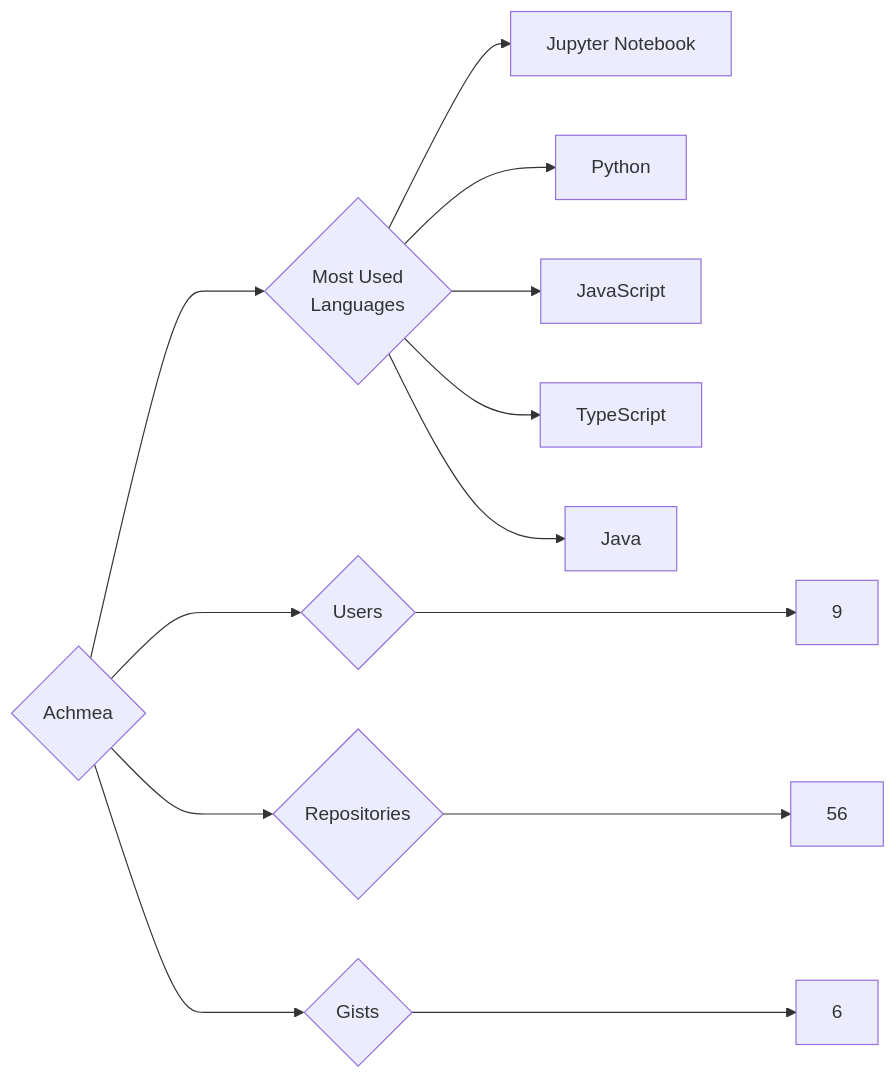
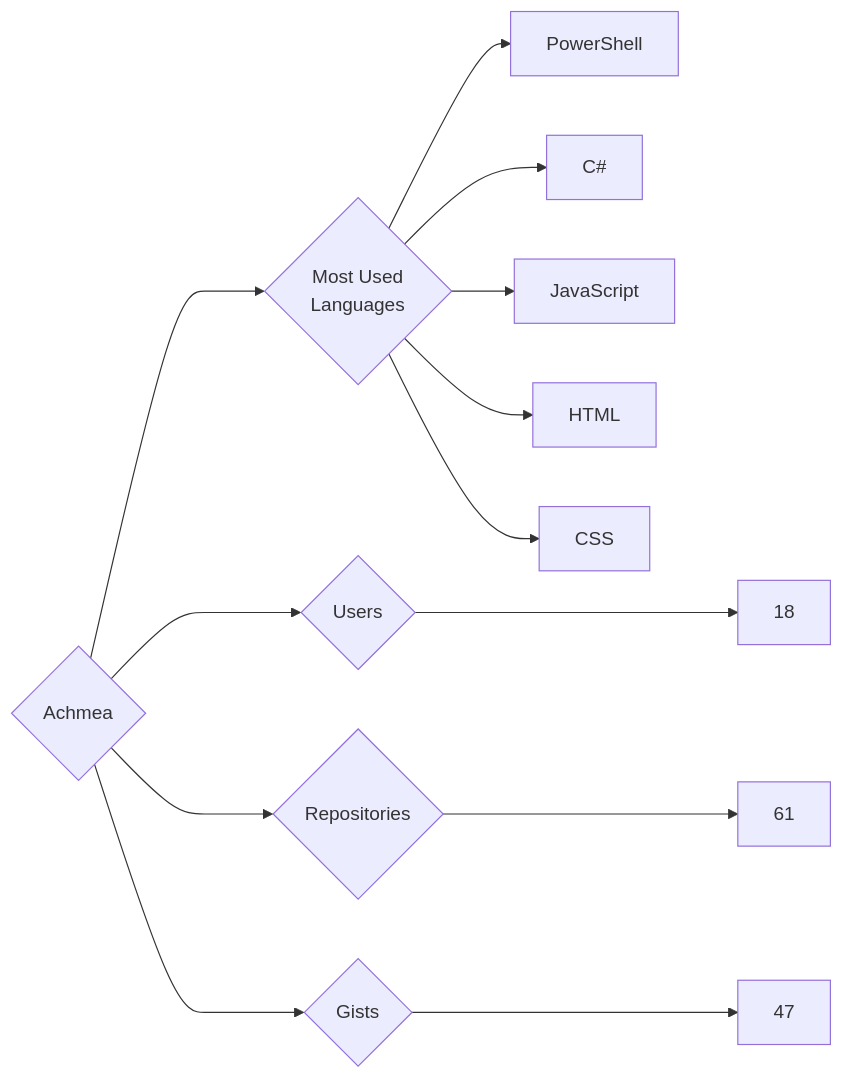
One commit to trickest/insiders changed the diagram in targets/Achmea/README.md. Above: the diagram before and after it, drawn with Mermaid. The commit also changed 681 other files, not shown here.

````diff
--- a/targets/Achmea/README.md
+++ b/targets/Achmea/README.md
@@ -3,13 +3,13 @@
 ```mermaid
 graph LR
 COMPANY_NAME{Achmea}
-COMPANY_NAME ---> U{Users} ---> UN[9]
-COMPANY_NAME ---> R{Repositories} ---> RN[56]
-COMPANY_NAME ---> G{Gists} ---> GN[6]
+COMPANY_NAME ---> U{Users} ---> UN[18]
+COMPANY_NAME ---> R{Repositories} ---> RN[61]
+COMPANY_NAME ---> G{Gists} ---> GN[47]
 COMPANY_NAME ---> ML{Most Used<br>Languages}
-ML --> Jupyter_Notebook[Jupyter Notebook]
-ML --> Python[Python]
+ML --> PowerShell[PowerShell]
+ML --> C#[C#]
 ML --> JavaScript[JavaScript]
-ML --> TypeScript[TypeScript]
-ML --> Java[Java]
+ML --> HTML[HTML]
+ML --> CSS[CSS]
 ```
````
